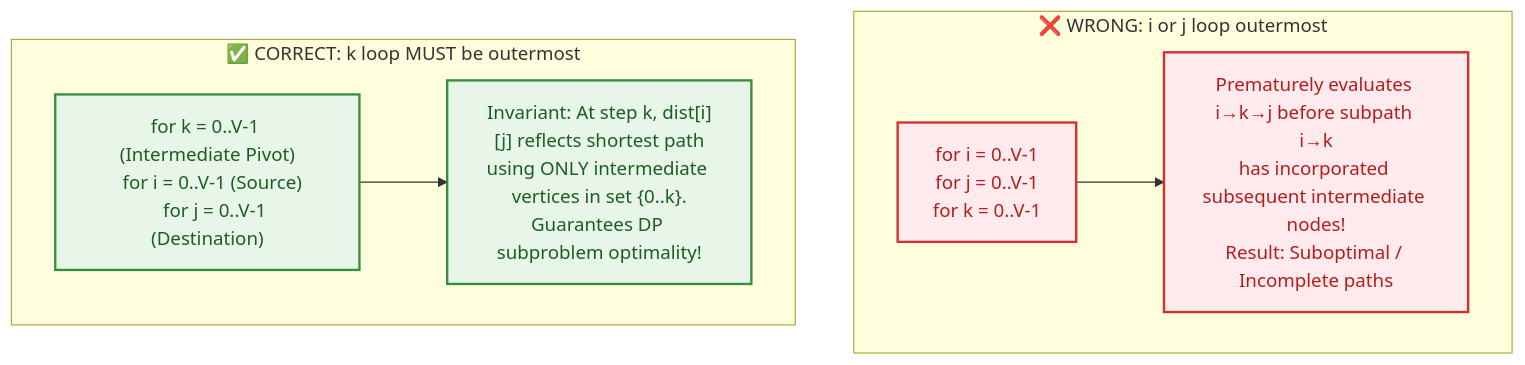
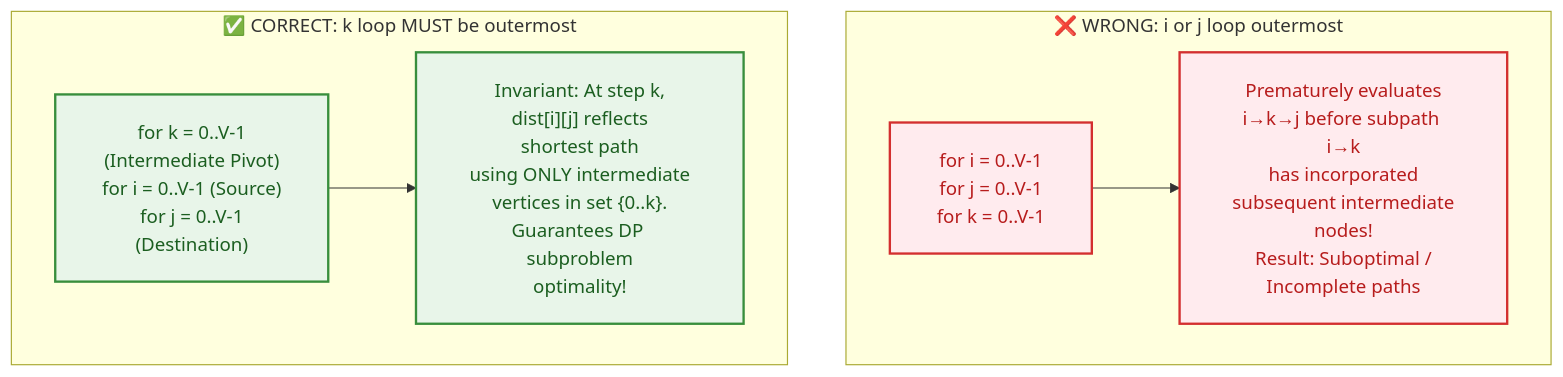
One commit to dip4k/DSA_102 changed the ninth of 15 diagrams in week_09_graph_algorithms_i/Week_09_Visual_Concepts_Playbook_HYBRID.md. Above: the diagram before and after it, drawn with Mermaid. The commit also changed other lines of this file and 108 other files, not shown here.

First line of the commit message:
fix(mermaid): resolve diagram clipping, padding, and syntax issues across repo

````diff
--- a/week_09_graph_algorithms_i/Week_09_Visual_Concepts_Playbook_HYBRID.md
+++ b/week_09_graph_algorithms_i/Week_09_Visual_Concepts_Playbook_HYBRID.md
@@ -322,17 +330,18 @@
 ```mermaid
+%%{init: {"flowchart": {"htmlLabels": true, "padding": 20}}}%%
 flowchart TD
     classDef bad fill:#ffebee,stroke:#d32f2f,color:#b71c1c,stroke-width:2px;
     classDef good fill:#e8f5e9,stroke:#388e3c,color:#1b5e20,stroke-width:2px;
 
     subgraph Wrong["❌ WRONG: i or j loop outermost"]
-        W1["for i = 0..V-1<br/>  for j = 0..V-1<br/>    for k = 0..V-1"]:::bad
-        W2["Prematurely evaluates i→k→j before subpath i→k<br/>has incorporated subsequent intermediate nodes!<br/>Result: Suboptimal / Incomplete paths"]:::bad
+        W1["for i = 0..V-1<br/>for j = 0..V-1<br/>for k = 0..V-1"]:::bad
+        W2["Prematurely evaluates<br/>i→k→j before subpath i→k<br/>has incorporated<br/>subsequent intermediate<br/>nodes!<br/>Result: Suboptimal /<br/>Incomplete paths"]:::bad
         W1 --> W2
     end
 
     subgraph Correct["✅ CORRECT: k loop MUST be outermost"]
-        C1["for k = 0..V-1 (Intermediate Pivot)<br/>  for i = 0..V-1 (Source)<br/>    for j = 0..V-1 (Destination)"]:::good
-        C2["Invariant: At step k, dist[i][j] reflects shortest path<br/>using ONLY intermediate vertices in set {0..k}.<br/>Guarantees DP subproblem optimality!"]:::good
+        C1["for k = 0..V-1<br/>(Intermediate Pivot)<br/>for i = 0..V-1 (Source)<br/>for j = 0..V-1<br/>(Destination)"]:::good
+        C2["Invariant: At step k,<br/>dist[i][j] reflects<br/>shortest path<br/>using ONLY intermediate<br/>vertices in set {0..k}.<br/>Guarantees DP subproblem<br/>optimality!"]:::good
         C1 --> C2
     end
 ```
````
